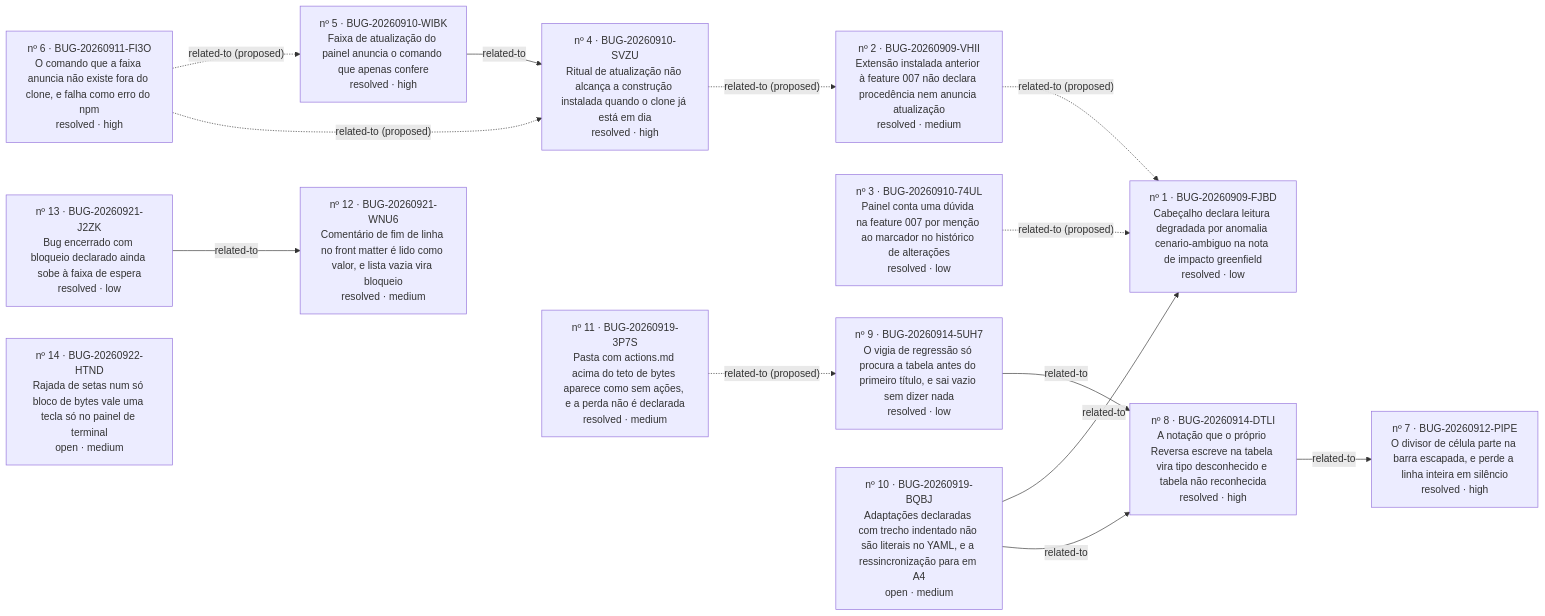
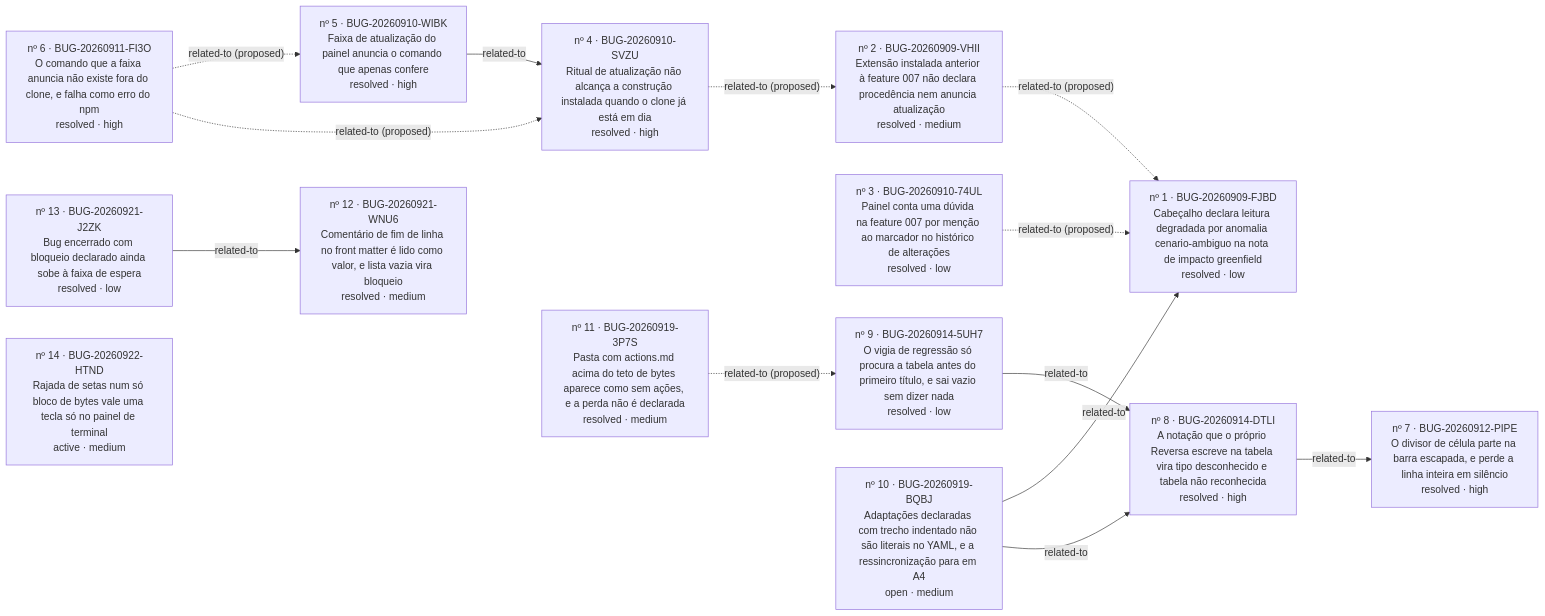
One commit to iago-leal/reversa-views changed the diagram in _reversa_bugs/painel-do-processo/generated/graph.md. Above: the diagram before and after it, drawn with Mermaid. The commit also changed other lines of this file and 22 other files, not shown here.

First line of the commit message:
fix(cli): rajada de teclas num só bloco vale uma tecla por sequência (nº 14)

````diff
--- a/_reversa_bugs/painel-do-processo/generated/graph.md
+++ b/_reversa_bugs/painel-do-processo/generated/graph.md
@@ -4,29 +4,29 @@
 ```mermaid
 graph LR
   BUG_20260909_FJBD["nº 1 · BUG-20260909-FJBD<br/>Cabeçalho declara leitura degradada por anomalia cenario-ambiguo na nota de impacto greenfield<br/>resolved · low"]
   BUG_20260909_VHII["nº 2 · BUG-20260909-VHII<br/>Extensão instalada anterior à feature 007 não declara procedência nem anuncia atualização<br/>resolved · medium"]
   BUG_20260910_74UL["nº 3 · BUG-20260910-74UL<br/>Painel conta uma dúvida na feature 007 por menção ao marcador no histórico de alterações<br/>resolved · low"]
   BUG_20260910_SVZU["nº 4 · BUG-20260910-SVZU<br/>Ritual de atualização não alcança a construção instalada quando o clone já está em dia<br/>resolved · high"]
   BUG_20260910_WIBK["nº 5 · BUG-20260910-WIBK<br/>Faixa de atualização do painel anuncia o comando que apenas confere<br/>resolved · high"]
   BUG_20260911_FI3O["nº 6 · BUG-20260911-FI3O<br/>O comando que a faixa anuncia não existe fora do clone, e falha como erro do npm<br/>resolved · high"]
   BUG_20260912_PIPE["nº 7 · BUG-20260912-PIPE<br/>O divisor de célula parte na barra escapada, e perde a linha inteira em silêncio<br/>resolved · high"]
   BUG_20260914_5UH7["nº 9 · BUG-20260914-5UH7<br/>O vigia de regressão só procura a tabela antes do primeiro título, e sai vazio sem dizer nada<br/>resolved · low"]
   BUG_20260914_DTLI["nº 8 · BUG-20260914-DTLI<br/>A notação que o próprio Reversa escreve na tabela vira tipo desconhecido e tabela não reconhecida<br/>resolved · high"]
   BUG_20260919_3P7S["nº 11 · BUG-20260919-3P7S<br/>Pasta com actions.md acima do teto de bytes aparece como sem ações, e a perda não é declarada<br/>resolved · medium"]
   BUG_20260919_BQBJ["nº 10 · BUG-20260919-BQBJ<br/>Adaptações declaradas com trecho indentado não são literais no YAML, e a ressincronização para em A4<br/>open · medium"]
   BUG_20260921_J2ZK["nº 13 · BUG-20260921-J2ZK<br/>Bug encerrado com bloqueio declarado ainda sobe à faixa de espera<br/>resolved · low"]
   BUG_20260921_WNU6["nº 12 · BUG-20260921-WNU6<br/>Comentário de fim de linha no front matter é lido como valor, e lista vazia vira bloqueio<br/>resolved · medium"]
-  BUG_20260922_HTND["nº 14 · BUG-20260922-HTND<br/>Rajada de setas num só bloco de bytes vale uma tecla só no painel de terminal<br/>open · medium"]
+  BUG_20260922_HTND["nº 14 · BUG-20260922-HTND<br/>Rajada de setas num só bloco de bytes vale uma tecla só no painel de terminal<br/>active · medium"]
   BUG_20260909_VHII -. related-to (proposed) .-> BUG_20260909_FJBD
   BUG_20260910_74UL -. related-to (proposed) .-> BUG_20260909_FJBD
   BUG_20260910_SVZU -. related-to (proposed) .-> BUG_20260909_VHII
   BUG_20260910_WIBK -- related-to --> BUG_20260910_SVZU
   BUG_20260911_FI3O -. related-to (proposed) .-> BUG_20260910_WIBK
   BUG_20260911_FI3O -. related-to (proposed) .-> BUG_20260910_SVZU
   BUG_20260914_5UH7 -- related-to --> BUG_20260914_DTLI
   BUG_20260914_DTLI -- related-to --> BUG_20260912_PIPE
   BUG_20260919_3P7S -. related-to (proposed) .-> BUG_20260914_5UH7
   BUG_20260919_BQBJ -- related-to --> BUG_20260909_FJBD
   BUG_20260919_BQBJ -- related-to --> BUG_20260914_DTLI
   BUG_20260921_J2ZK -- related-to --> BUG_20260921_WNU6
 ```
````
